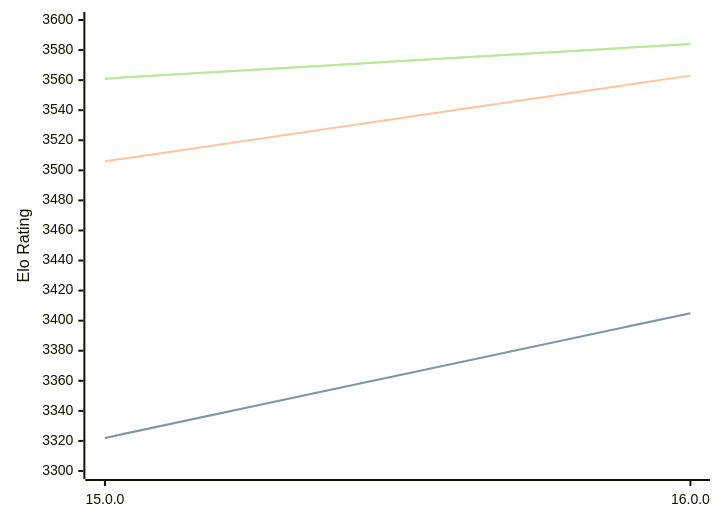
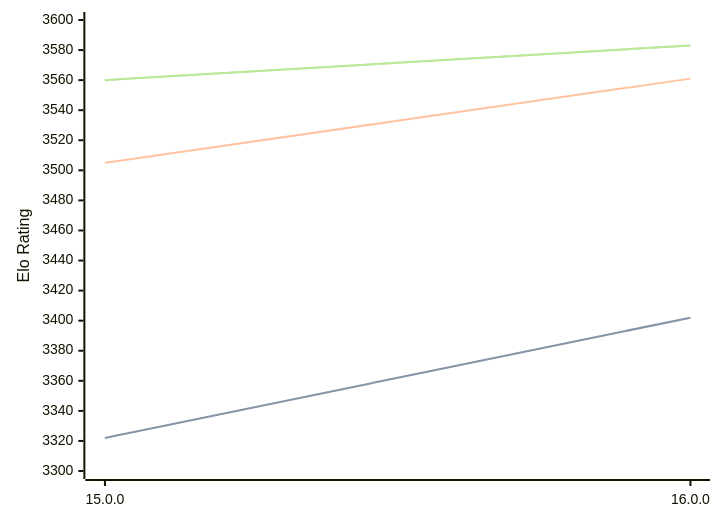
Before and after one commit to computer-chess-index/cci: the diagram in engines/Halogen.md, drawn with Mermaid. The commit also changed other lines of this file, not shown here.

Commit message:
Update CCI Ratings (ELO VLTC) - 2026-03-17

````diff
--- a/engines/Halogen.md
+++ b/engines/Halogen.md
@@ -48,11 +48,11 @@
 ```mermaid
 %%{init: {"theme":"base","themeVariables":{"seriesColors:['#a3a3a3','#222221','#faa371']}}}%%
 xychart-beta
   x-axis ["15.0.0", "16.0.0"]
   y-axis "Elo Rating" 3300 --> 3600
-  line "STC (8.0+0.08s)" [3322, 3405]
-  line "STC (8.0+0.08s)" [3322, 3405]
-  line "LTC (60.0+0.60s)" [3506, 3563]
-  line "VLTC (2m24s+1.12s)" [3561, 3584]
-  line "VLTC (2m24s+1.12s)" [3561, 3584]
+  line "STC (8.0+0.08s)" [3322, 3402]
+  line "STC (8.0+0.08s)" [3322, 3402]
+  line "LTC (60.0+0.60s)" [3505, 3561]
+  line "VLTC (2m24s+1.12s)" [3560, 3583]
+  line "VLTC (2m24s+1.12s)" [3560, 3583]
 ```
````
